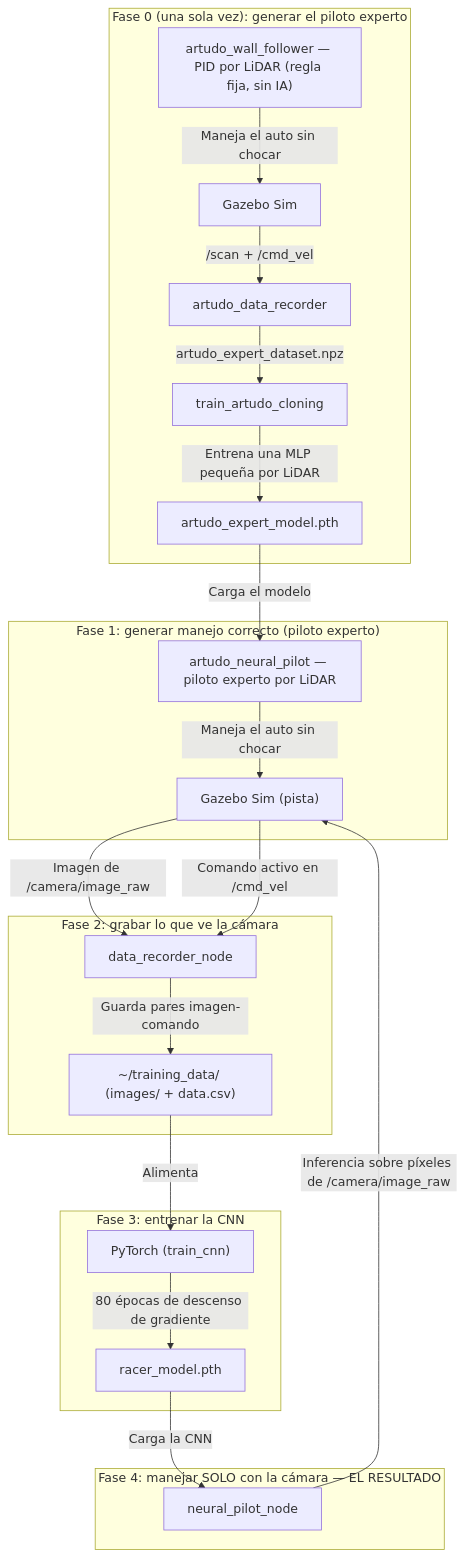
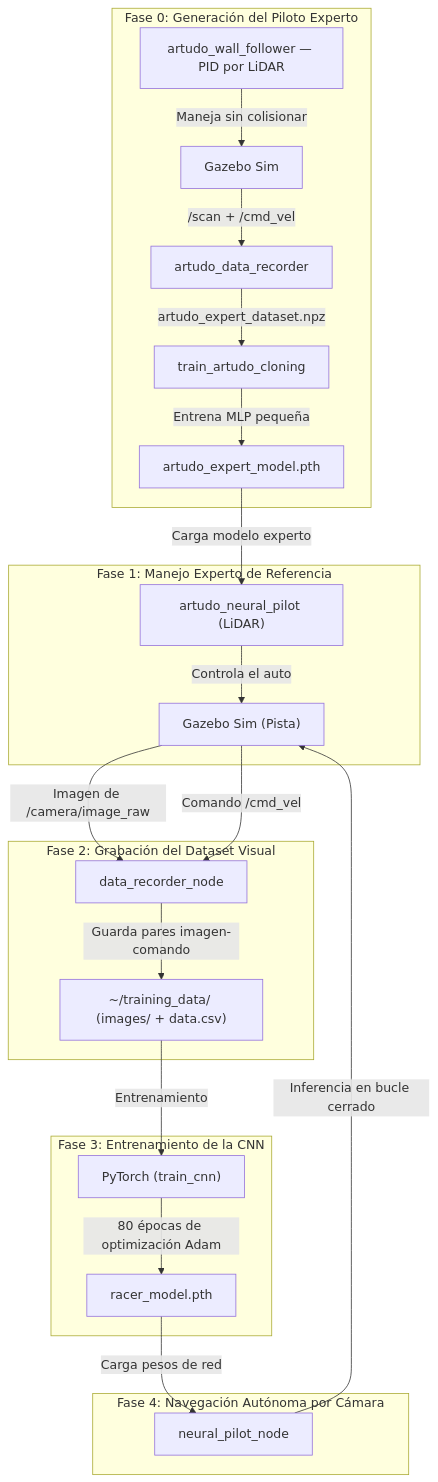
The diagram in README.md (victortotoy10/robot-vision-sim), drawn with Mermaid before and after one commit. The commit also changed other lines of this file and 106 other files, not shown here.

````diff
--- a/README.md
+++ b/README.md
@@ -35,30 +156,30 @@
 ```mermaid
 graph TD
-    subgraph Fase0 ["Fase 0 (una sola vez): generar el piloto experto"]
-        WF["artudo_wall_follower — PID por LiDAR (regla fija, sin IA)"] -->|Maneja el auto sin chocar| SIM0["Gazebo Sim"]
+    subgraph Fase0 ["Fase 0: Generación del Piloto Experto"]
+        WF["artudo_wall_follower — PID por LiDAR"] -->|Maneja sin colisionar| SIM0["Gazebo Sim"]
         SIM0 -->|/scan + /cmd_vel| REC0["artudo_data_recorder"]
         REC0 -->|artudo_expert_dataset.npz| TR0["train_artudo_cloning"]
-        TR0 -->|Entrena una MLP pequeña por LiDAR| MODEL0["artudo_expert_model.pth"]
+        TR0 -->|Entrena MLP pequeña| MODEL0["artudo_expert_model.pth"]
     end
 
-    subgraph Fase1 ["Fase 1: generar manejo correcto (piloto experto)"]
-        MODEL0 -->|Carga el modelo| EXPERTO["artudo_neural_pilot — piloto experto por LiDAR"]
-        EXPERTO -->|Maneja el auto sin chocar| SIM["Gazebo Sim (pista)"]
+    subgraph Fase1 ["Fase 1: Manejo Experto de Referencia"]
+        MODEL0 -->|Carga modelo experto| EXPERTO["artudo_neural_pilot (LiDAR)"]
+        EXPERTO -->|Controla el auto| SIM["Gazebo Sim (Pista)"]
     end
 
-    subgraph Fase2 ["Fase 2: grabar lo que ve la cámara"]
+    subgraph Fase2 ["Fase 2: Grabación del Dataset Visual"]
         SIM -->|Imagen de /camera/image_raw| REC["data_recorder_node"]
-        SIM -->|Comando activo en /cmd_vel| REC
+        SIM -->|Comando /cmd_vel| REC
         REC -->|Guarda pares imagen-comando| DATA["~/training_data/ (images/ + data.csv)"]
     end
 
-    subgraph Fase3 ["Fase 3: entrenar la CNN"]
-        DATA -->|Alimenta| GPU["PyTorch (train_cnn)"]
-        GPU -->|80 épocas de descenso de gradiente| MODEL["racer_model.pth"]
+    subgraph Fase3 ["Fase 3: Entrenamiento de la CNN"]
+        DATA -->|Entrenamiento| GPU["PyTorch (train_cnn)"]
+        GPU -->|80 épocas de optimización Adam| MODEL["racer_model.pth"]
     end
 
-    subgraph Fase4 ["Fase 4: manejar SOLO con la cámara — EL RESULTADO"]
-        MODEL -->|Carga la CNN| PILOTCNN["neural_pilot_node"]
-        PILOTCNN -->|Inferencia sobre píxeles de /camera/image_raw| SIM
+    subgraph Fase4 ["Fase 4: Navegación Autónoma por Cámara"]
+        MODEL -->|Carga pesos de red| PILOTCNN["neural_pilot_node"]
+        PILOTCNN -->|Inferencia en bucle cerrado| SIM
     end
 ```
````
